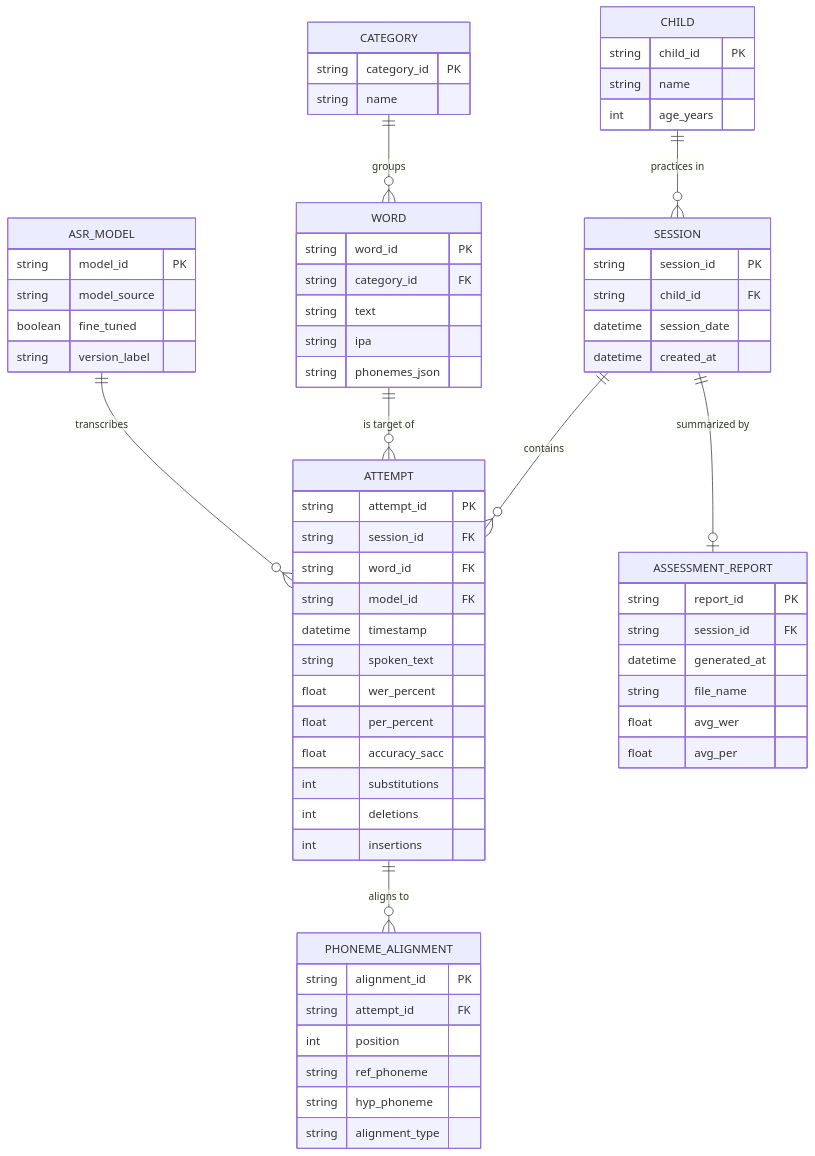
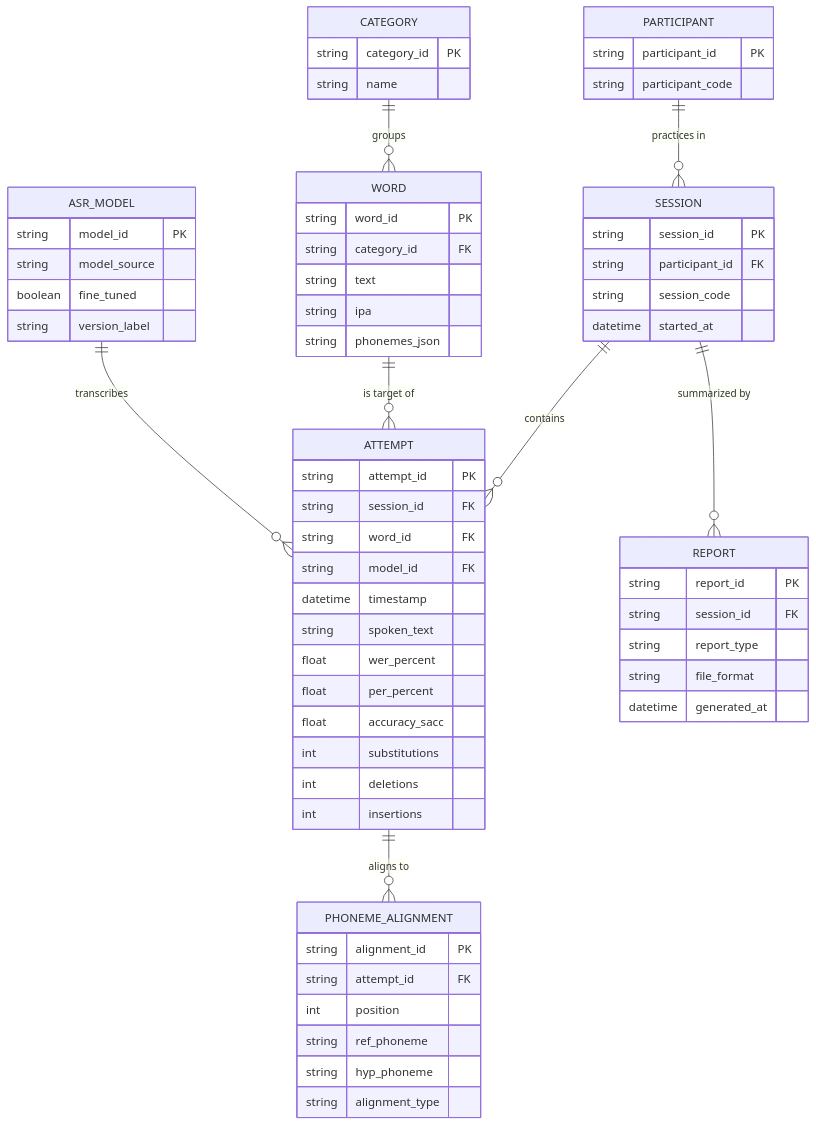
One commit to KD-file/EchoVoice changed the diagram in Documentation/06_erd.md. Above: the diagram before and after it, drawn with Mermaid. The commit also changed other lines of this file and 6 other files, not shown here.

````diff
--- a/Documentation/06_erd.md
+++ b/Documentation/06_erd.md
@@ -10,76 +5,74 @@
 ```mermaid
 erDiagram
     CATEGORY ||--o{ WORD : "groups"
-    CHILD ||--o{ SESSION : "practices in"
+    PARTICIPANT ||--o{ SESSION : "practices in"
     SESSION ||--o{ ATTEMPT : "contains"
     WORD ||--o{ ATTEMPT : "is target of"
     ASR_MODEL ||--o{ ATTEMPT : "transcribes"
     ATTEMPT ||--o{ PHONEME_ALIGNMENT : "aligns to"
-    SESSION ||--o| ASSESSMENT_REPORT : "summarized by"
+    SESSION ||--o{ REPORT : "summarized by"
 
     CATEGORY {
         string category_id PK
         string name
     }
 
     WORD {
         string word_id PK
         string category_id FK
         string text
         string ipa
         string phonemes_json
     }
 
-    CHILD {
-        string child_id PK
-        string name
-        int    age_years
+    PARTICIPANT {
+        string participant_id PK
+        string participant_code
     }
 
     SESSION {
         string session_id PK
-        string child_id FK
-        datetime session_date
-        datetime created_at
+        string participant_id FK
+        string session_code
+        datetime started_at
     }
 
     ASR_MODEL {
         string model_id PK
         string model_source
         boolean fine_tuned
         string version_label
     }
 
     ATTEMPT {
         string attempt_id PK
         string session_id FK
         string word_id FK
         string model_id FK
         datetime timestamp
         string spoken_text
         float  wer_percent
         float  per_percent
         float  accuracy_sacc
         int    substitutions
         int    deletions
         int    insertions
     }
 
     PHONEME_ALIGNMENT {
         string alignment_id PK
         string attempt_id FK
         int    position
         string ref_phoneme
         string hyp_phoneme
         string alignment_type
     }
 
-    ASSESSMENT_REPORT {
+    REPORT {
         string report_id PK
         string session_id FK
+        string report_type
+        string file_format
         datetime generated_at
-        string file_name
-        float  avg_wer
-        float  avg_per
     }
 ```
````
